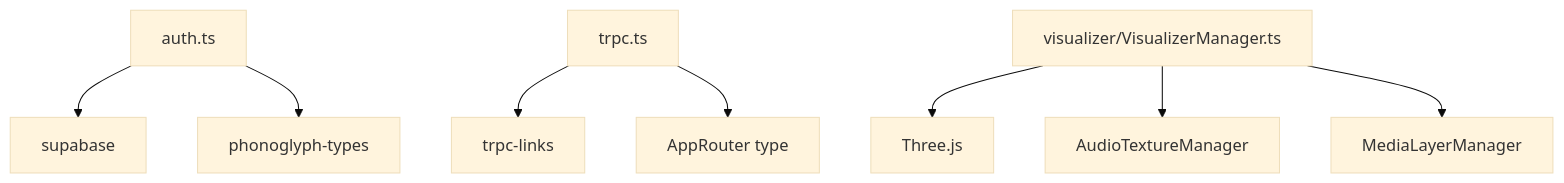
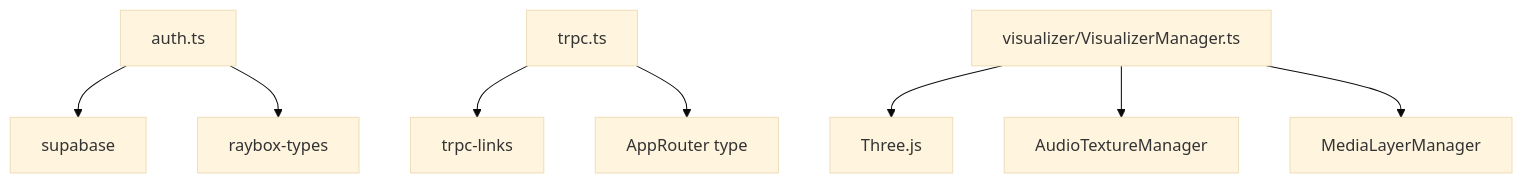
Before and after one commit to rheome-dev/Phonoglyph: the fifth of 14 diagrams in PHONOGLYPH_DEPENDENCY_MAP.md, drawn with Mermaid (base theme). The commit also changed other lines of this file and 41 other files, not shown here.

First line of the commit message:
Rebrand from Phonoglyph to Raybox

````diff
--- a/PHONOGLYPH_DEPENDENCY_MAP.md
+++ b/PHONOGLYPH_DEPENDENCY_MAP.md
@@ -173,12 +173,12 @@
 ```mermaid
 graph TD
     A[auth.ts] --> B[supabase]
-    A --> C[phonoglyph-types]
+    A --> C[raybox-types]
     
     D[trpc.ts] --> E[trpc-links]
     D --> F[AppRouter type]
     
     G[visualizer/VisualizerManager.ts] --> H[Three.js]
     G --> I[AudioTextureManager]
     G --> J[MediaLayerManager]
 ```
````
